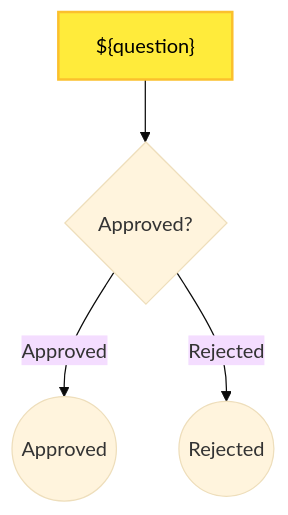
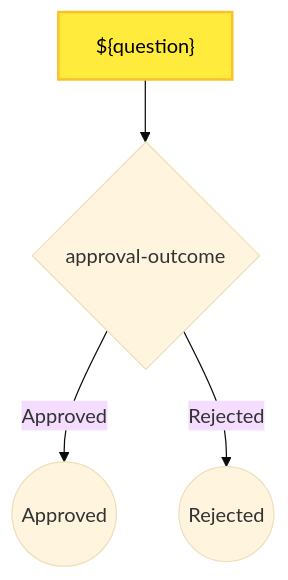
Before and after one commit to optivem/gh-optivem: diagram 47 of 50 in docs/process-diagram.md, drawn with Mermaid (base theme). The commit also changed other lines of this file and 3 other files, not shown here.

````diff
--- a/docs/process-diagram.md
+++ b/docs/process-diagram.md
@@ -755,14 +755,14 @@
 ```mermaid
 flowchart TD
     APPROVE_OK_END((Approved))
     APPROVE_REJECT_END((Rejected))
     ASK_HUMAN["${question}"]
-    GATE_APPROVED{Approved?}
+    GATE_APPROVED{approval-outcome}
 
     ASK_HUMAN --> GATE_APPROVED
     GATE_APPROVED -- Approved --> APPROVE_OK_END
     GATE_APPROVED -- Rejected --> APPROVE_REJECT_END
 
     classDef humanNode fill:#ffeb3b,stroke:#fbc02d,stroke-width:2px,color:#000000
     class ASK_HUMAN humanNode
 ```
````
